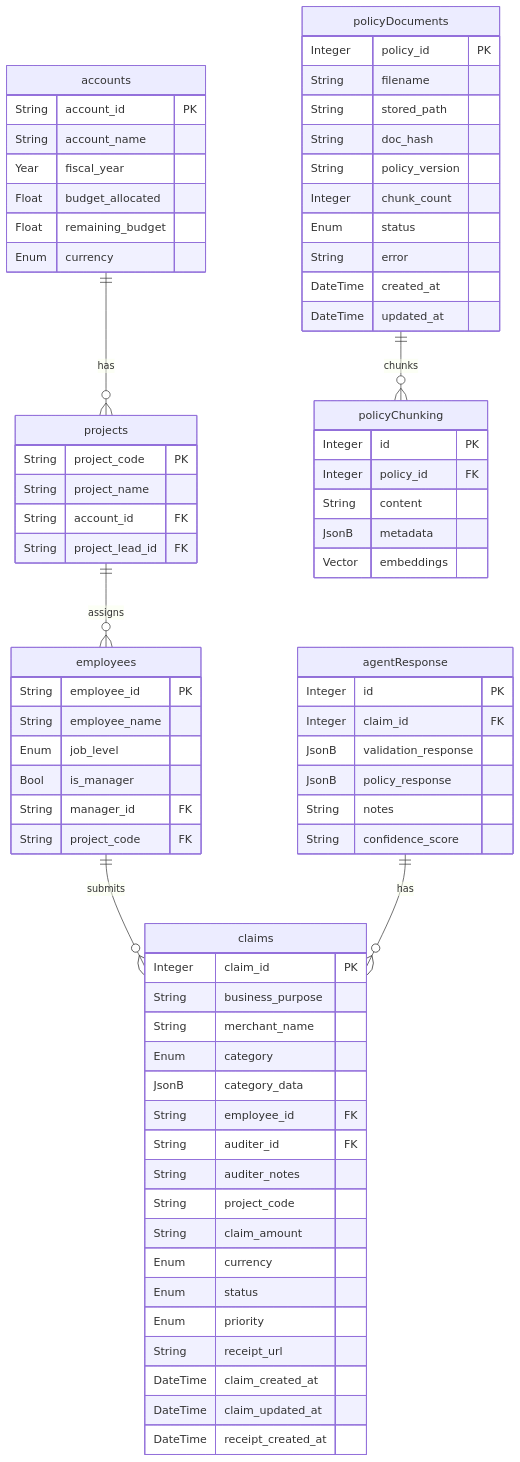
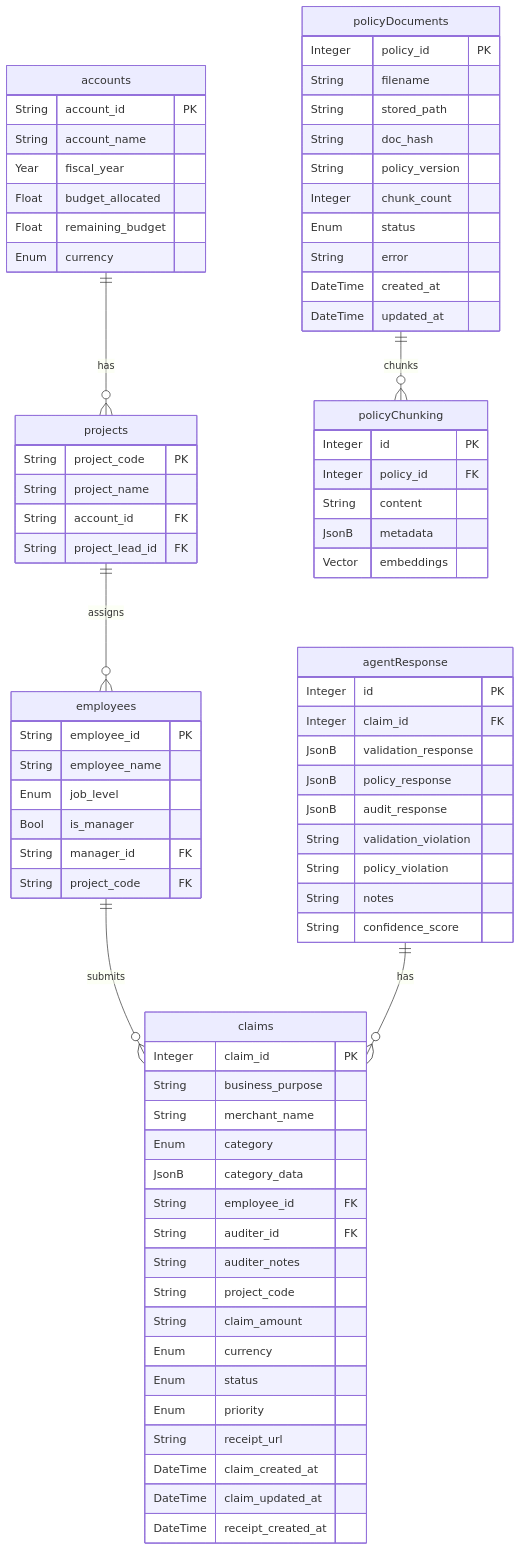
One commit to sreyas-dev-w/ai-expense-audit-assistant changed the diagram in docs/schemas/database-schema.md. Above: the diagram before and after it, drawn with Mermaid. The commit also changed other lines of this file and 24 other files, not shown here.

```diff
--- a/docs/schemas/database-schema.md
+++ b/docs/schemas/database-schema.md
@@ -58,6 +58,9 @@
         Integer claim_id FK
         JsonB validation_response
         JsonB policy_response
+        JsonB audit_response
+        String validation_violation
+        String policy_violation
         String notes
         String confidence_score
     }
```
